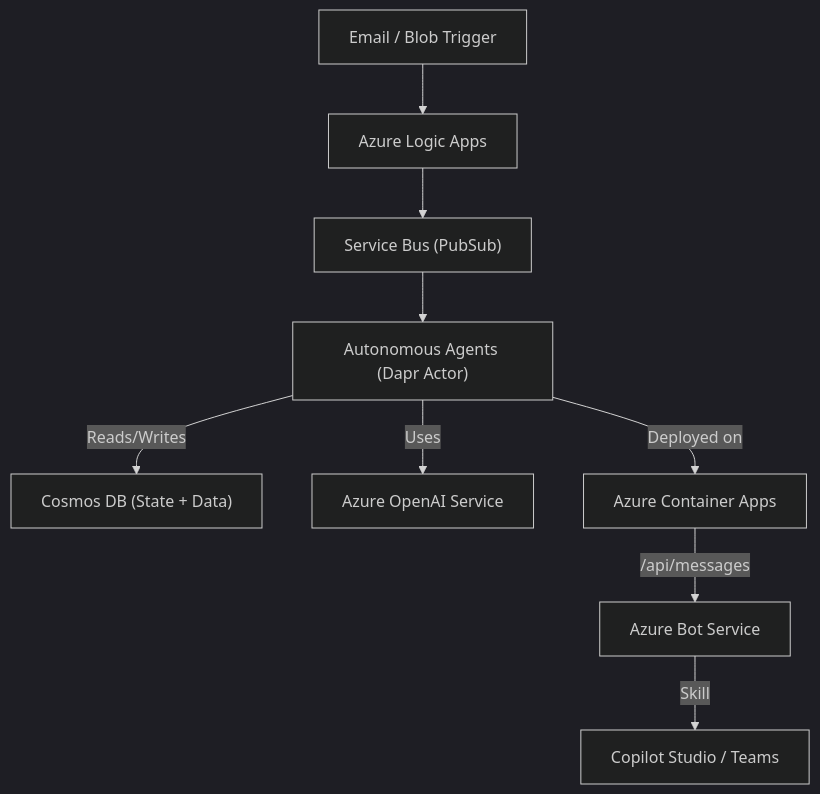
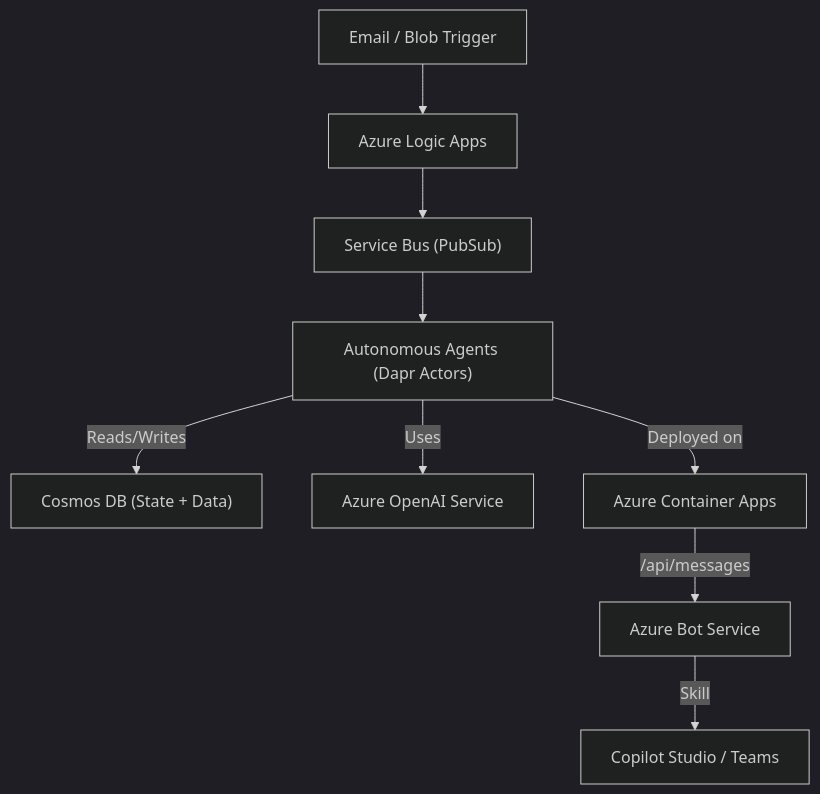
One commit to Azure-Samples/contoso-agents changed the diagram in docs/technical_overview.md. Above: the diagram before and after it, drawn with Mermaid (dark theme). The commit also changed other lines of this file and 11 other files, not shown here.

````diff
--- a/docs/technical_overview.md
+++ b/docs/technical_overview.md
@@ -9,16 +9,16 @@
 ```mermaid
 flowchart TD
     %% Row 1: Order Initiation
     A[Email / Blob Trigger] --> B[Azure Logic Apps]
     B --> C["Service Bus (PubSub)"]
 
     %% Row 2: Processing and Decision Making
-    C --> D["Autonomous Agents (Dapr Actor)"]
+    C --> D["Autonomous Agents (Dapr Actors)"]
     D -- Reads/Writes --> F["Cosmos DB (State + Data)"]
     D -- Uses --> E[Azure OpenAI Service]
     D -- Deployed on --> I[Azure Container Apps]
 
     %% Row 3: User Interaction
     I -- /api/messages --> G[Azure Bot Service]
     G -- Skill --> H[Copilot Studio / Teams]
 ```
````
